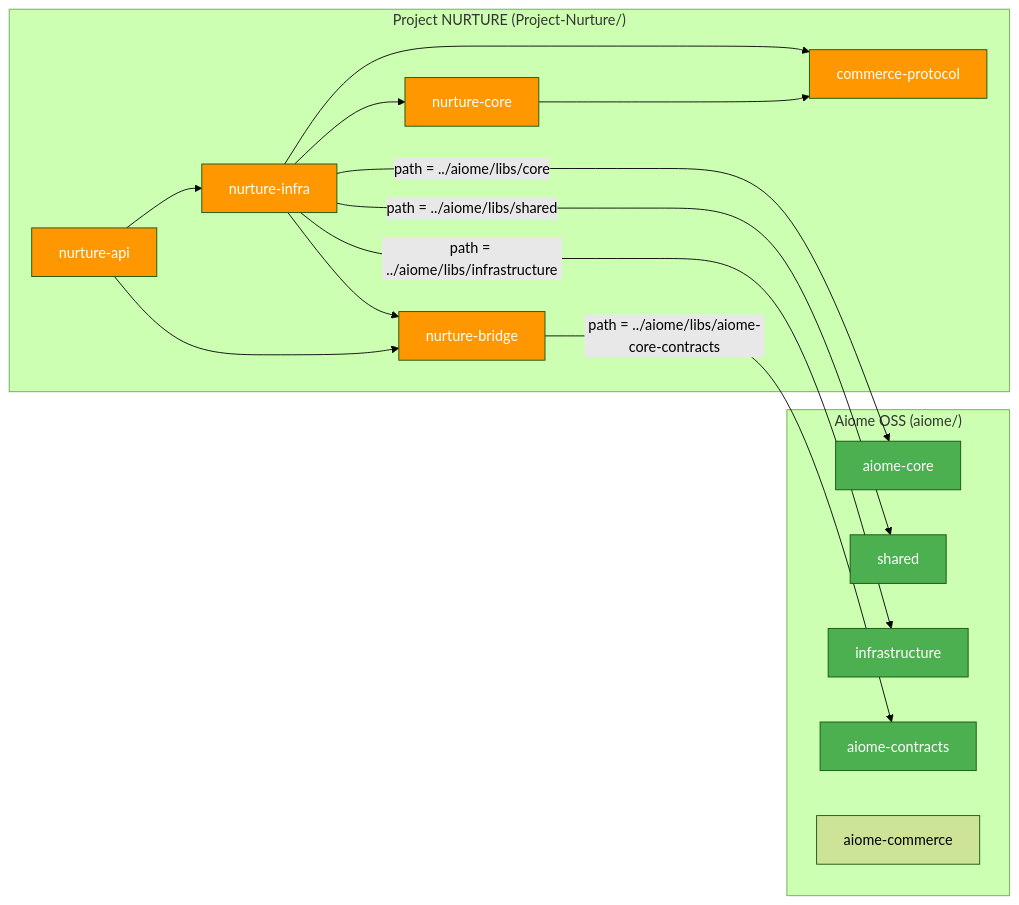
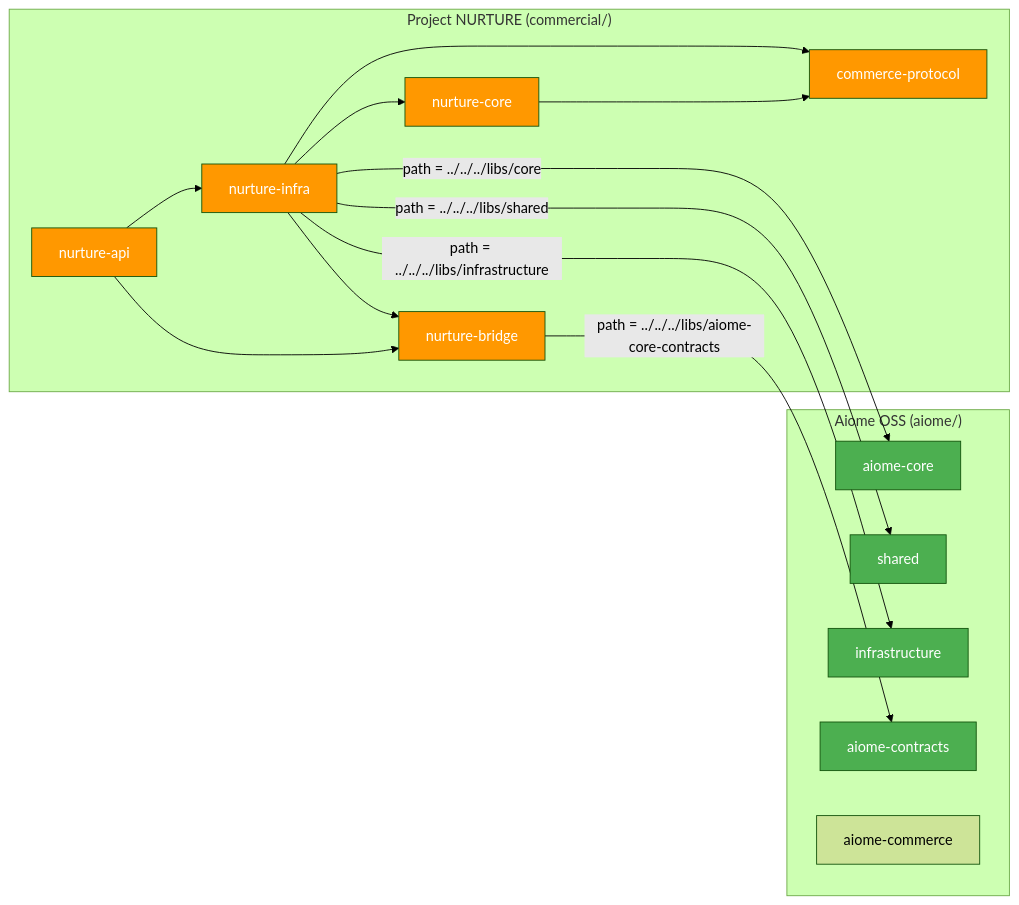
The second of 16 diagrams in docs/architecture/AIOME_NURTURE_SYNERGY.md (for4xex-droid/modular-open-claw), drawn with Mermaid (forest theme) before and after one commit. The commit also changed other lines of this file and 212 other files, not shown here.

````diff
--- a/docs/architecture/AIOME_NURTURE_SYNERGY.md
+++ b/docs/architecture/AIOME_NURTURE_SYNERGY.md
@@ -218,40 +218,40 @@
 ```mermaid
 graph LR
     subgraph "Aiome OSS (aiome/)"
         AC[aiome-core]
         SH[shared]
         INF[infrastructure]
         CONTRACTS[aiome-contracts]
         COMMERCE[aiome-commerce]
     end
 
-    subgraph "Project NURTURE (Project-Nurture/)"
+    subgraph "Project NURTURE (commercial/)"
         CP[commerce-protocol]
         NC[nurture-core]
         NI[nurture-infra]
         NB[nurture-bridge]
         NA[nurture-api]
     end
 
     NA --> NI
     NI --> NC
     NC --> CP
     NI --> CP
     NA --> NB
     NI --> NB
 
-    NI -->|"path = ../aiome/libs/core"| AC
-    NI -->|"path = ../aiome/libs/shared"| SH
-    NI -->|"path = ../aiome/libs/infrastructure"| INF
-    NB -->|"path = ../aiome/libs/aiome-core-contracts"| CONTRACTS
+    NI -->|"path = ../../../libs/core"| AC
+    NI -->|"path = ../../../libs/shared"| SH
+    NI -->|"path = ../../../libs/infrastructure"| INF
+    NB -->|"path = ../../../libs/aiome-core-contracts"| CONTRACTS
 
     style AC fill:#4CAF50,color:white
     style SH fill:#4CAF50,color:white
     style INF fill:#4CAF50,color:white
     style CONTRACTS fill:#4CAF50,color:white
     style CP fill:#FF9800,color:white
     style NC fill:#FF9800,color:white
     style NI fill:#FF9800,color:white
     style NA fill:#FF9800,color:white
     style NB fill:#FF9800,color:white
 ```
````
